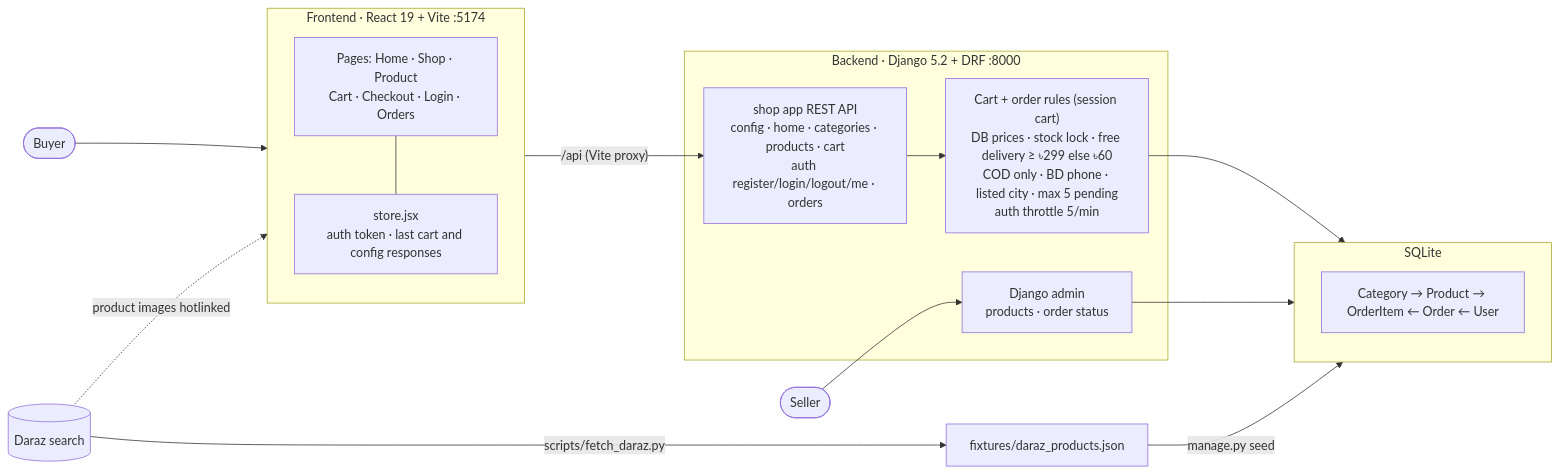
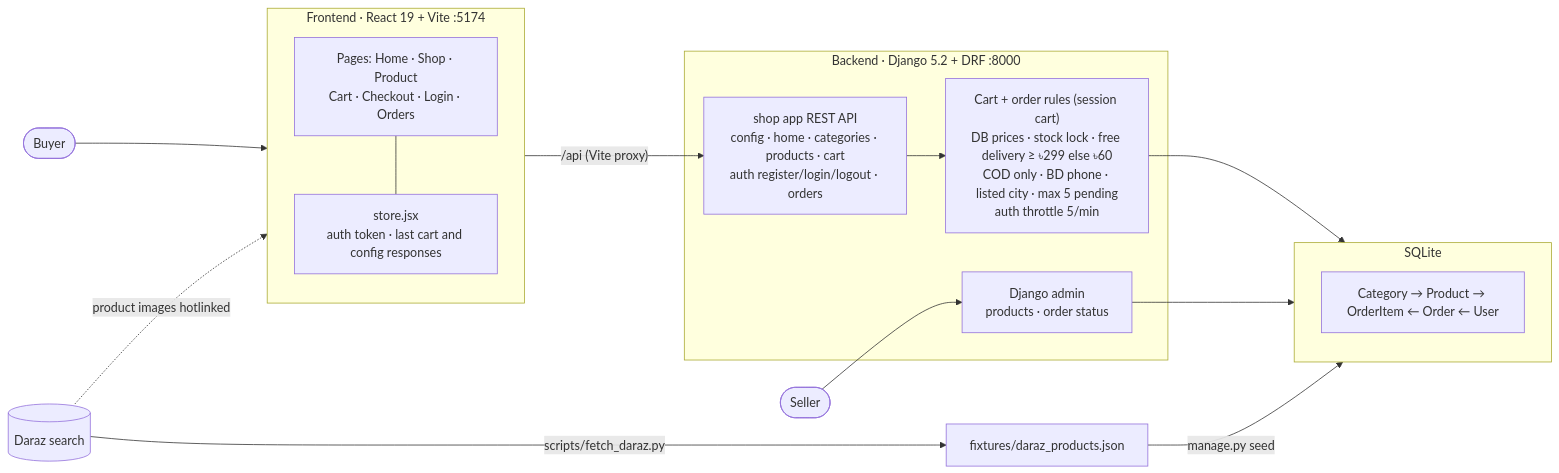
One commit to ironMan-blip/Haat changed the diagram in README.md. Above: the diagram before and after it, drawn with Mermaid. The commit also changed other lines of this file and 21 other files, not shown here.

````diff
--- a/README.md
+++ b/README.md
@@ -32,29 +32,29 @@
 ```mermaid
 flowchart LR
   subgraph FE["Frontend · React 19 + Vite :5174"]
     Pages["Pages: Home · Shop · Product<br/>Cart · Checkout · Login · Orders"]
     Store["store.jsx<br/>auth token · last cart and config responses"]
     Pages --- Store
   end
 
   FE -- "/api (Vite proxy)" --> API
 
   subgraph BE["Backend · Django 5.2 + DRF :8000"]
-    API["shop app REST API<br/>config · home · categories · products · cart<br/>auth register/login/logout/me · orders"]
+    API["shop app REST API<br/>config · home · categories · products · cart<br/>auth register/login/logout · orders"]
     Rules["Cart + order rules (session cart)<br/>DB prices · stock lock · free delivery ≥ ৳299 else ৳60<br/>COD only · BD phone · listed city · max 5 pending<br/>auth throttle 5/min"]
     Admin["Django admin<br/>products · order status"]
     API --> Rules
   end
 
   subgraph DB["SQLite"]
     Models["Category → Product → OrderItem ← Order ← User"]
   end
 
   Buyer([Buyer]) --> FE
   Seller([Seller]) --> Admin
   Rules --> DB
   Admin --> DB
   Daraz[(Daraz search)] -- "scripts/fetch_daraz.py" --> Fixture["fixtures/daraz_products.json"]
   Fixture -- "manage.py seed" --> DB
   Daraz -. "product images hotlinked" .-> FE
 ```
````
